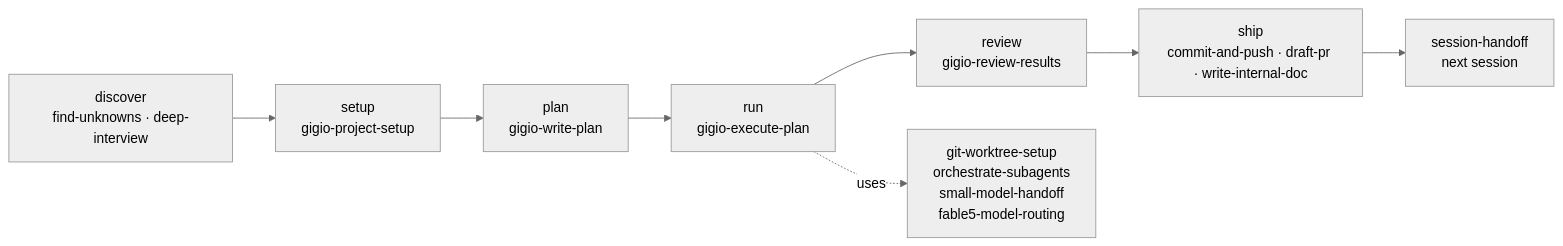
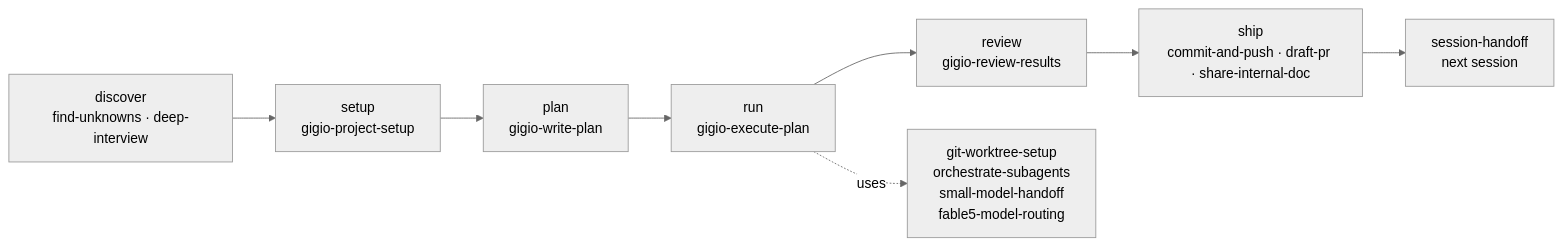
One commit to gigio1023/gigio-pack changed the diagram in README.md. Above: the diagram before and after it, drawn with Mermaid (neutral theme). The commit also changed other lines of this file and 12 other files, not shown here.

````diff
--- a/README.md
+++ b/README.md
@@ -32,10 +32,10 @@
 ```mermaid
 flowchart LR
   D["discover<br/>find-unknowns · deep-interview"] --> S["setup<br/>gigio-project-setup"]
   S --> P["plan<br/>gigio-write-plan"]
   P --> R["run<br/>gigio-execute-plan"]
   R --> V["review<br/>gigio-review-results"]
-  V --> SH["ship<br/>commit-and-push · draft-pr · write-internal-doc"]
+  V --> SH["ship<br/>commit-and-push · draft-pr · share-internal-doc"]
   SH --> H["session-handoff<br/>next session"]
   R -.uses.-> W["git-worktree-setup<br/>orchestrate-subagents<br/>small-model-handoff<br/>fable5-model-routing"]
 ```
````
